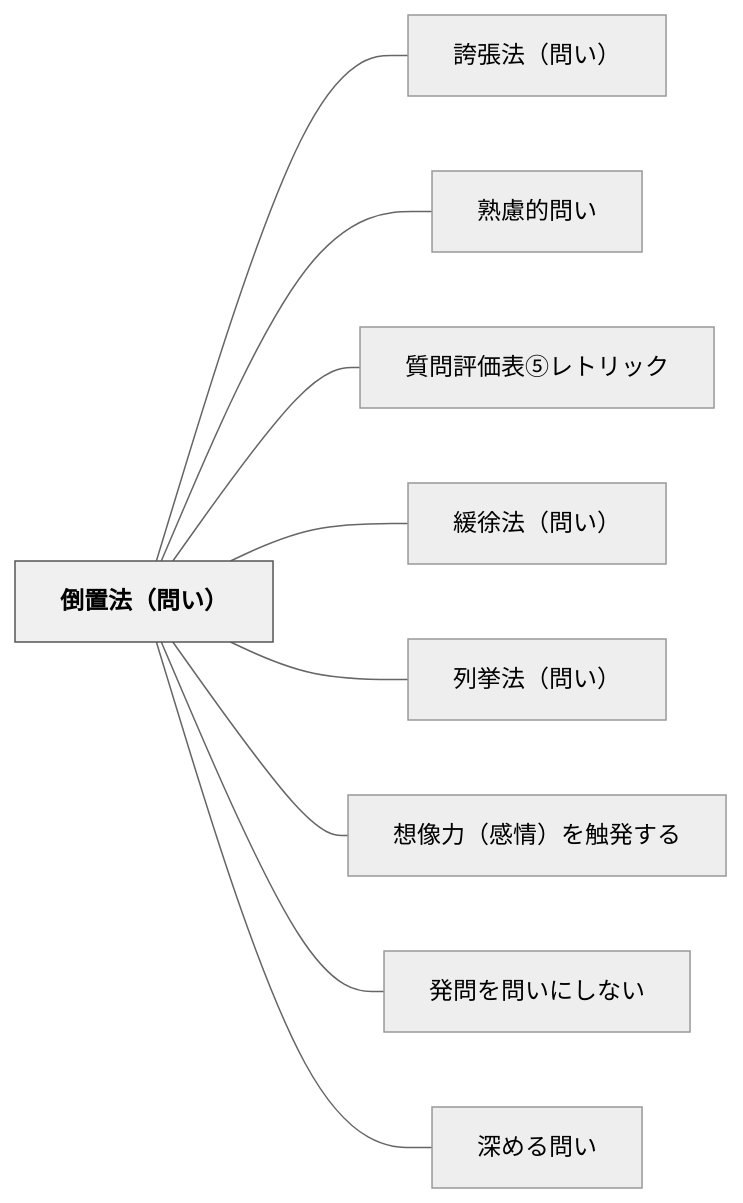
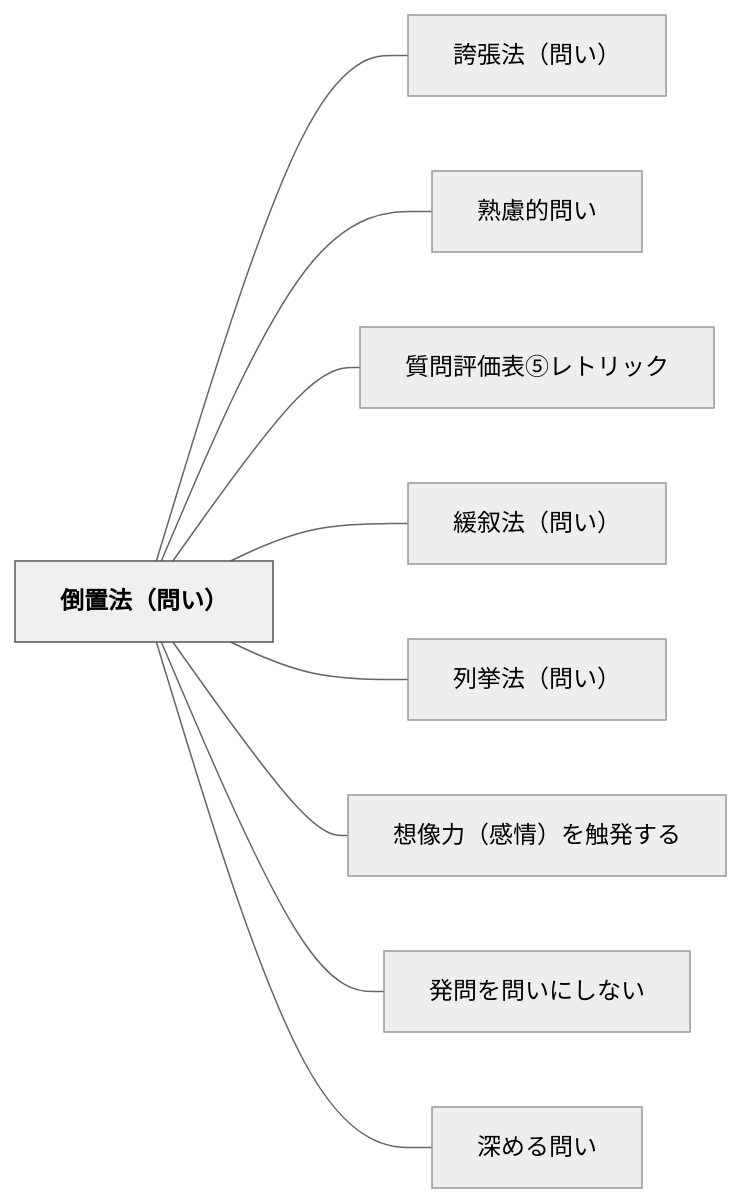
The diagram in content/パタン/倒置法（問い）.md (unknownthings-ed-patterns/unknownthings-ed-patterns), drawn with Mermaid (neutral theme) before and after one commit. The commit also changed other lines of this file and 28 other files, not shown here.

````diff
--- a/content/パタン/倒置法（問い）.md
+++ b/content/パタン/倒置法（問い）.md
@@ -55,24 +55,24 @@
 ```mermaid
 flowchart LR
     ne58092e7bdaee6b395efbc88e5958fe38184efbc89["倒置法（問い）"]
     ne8aa87e5bcb5e6b395efbc88e5958fe38184efbc89["誇張法（問い）"]
     ne7869fe685aee79a84e5958fe38184["熟慮的問い"]
     ne8b3aae5958fe8a995e4bea1e8a1a8e291a4e383ace38388e383aae38383e382af["質問評価表⑤レトリック"]
-    ne7b7a9e5be90e6b395efbc88e5958fe38184efbc89["緩徐法（問い）"]
+    ne7b7a9e58f99e6b395efbc88e5958fe38184efbc89["緩叙法（問い）"]
     ne58897e68c99e6b395efbc88e5958fe38184efbc89["列挙法（問い）"]
     ne683b3e5838fe58a9befbc88e6849fe68385efbc89e38292e8a7a6e799bae38199e3828b["想像力（感情）を触発する"]
     ne799bae5958fe38292e5958fe38184e381abe38197e381aae38184["発問を問いにしない"]
     ne6b7b1e38281e3828be5958fe38184["深める問い"]
 
     ne58092e7bdaee6b395efbc88e5958fe38184efbc89 --- ne8aa87e5bcb5e6b395efbc88e5958fe38184efbc89
     ne58092e7bdaee6b395efbc88e5958fe38184efbc89 --- ne7869fe685aee79a84e5958fe38184
     ne58092e7bdaee6b395efbc88e5958fe38184efbc89 --- ne8b3aae5958fe8a995e4bea1e8a1a8e291a4e383ace38388e383aae38383e382af
-    ne58092e7bdaee6b395efbc88e5958fe38184efbc89 --- ne7b7a9e5be90e6b395efbc88e5958fe38184efbc89
+    ne58092e7bdaee6b395efbc88e5958fe38184efbc89 --- ne7b7a9e58f99e6b395efbc88e5958fe38184efbc89
     ne58092e7bdaee6b395efbc88e5958fe38184efbc89 --- ne58897e68c99e6b395efbc88e5958fe38184efbc89
     ne58092e7bdaee6b395efbc88e5958fe38184efbc89 --- ne683b3e5838fe58a9befbc88e6849fe68385efbc89e38292e8a7a6e799bae38199e3828b
     ne58092e7bdaee6b395efbc88e5958fe38184efbc89 --- ne799bae5958fe38292e5958fe38184e381abe38197e381aae38184
     ne58092e7bdaee6b395efbc88e5958fe38184efbc89 --- ne6b7b1e38281e3828be5958fe38184
 
     classDef hub fill:#f0f0f0,stroke:#555,color:#000,font-weight:bold
     class ne58092e7bdaee6b395efbc88e5958fe38184efbc89 hub
 ```
````
